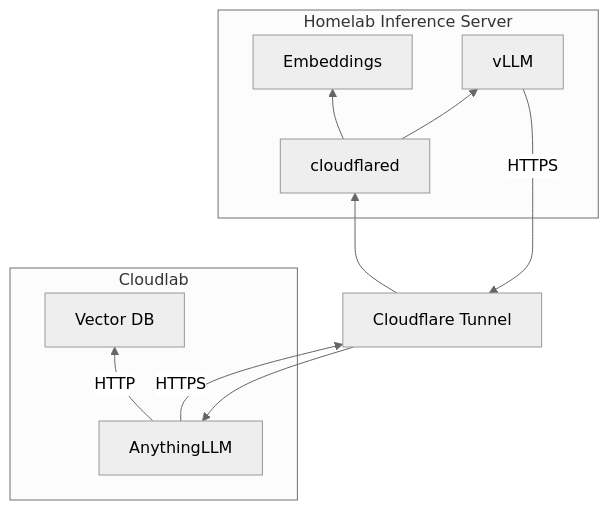
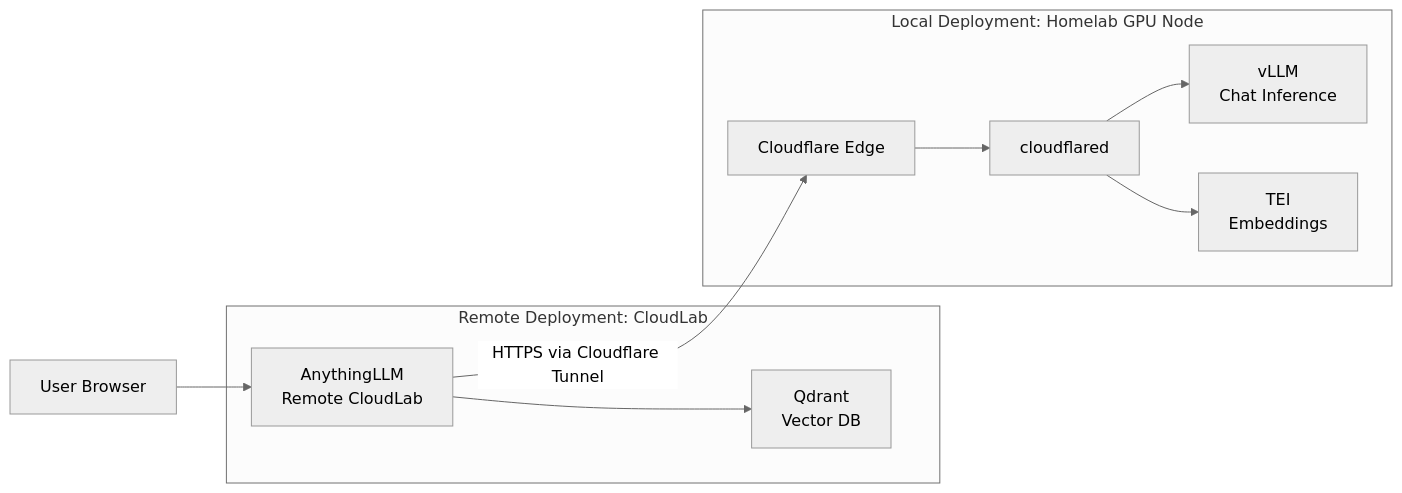
One commit to dannydanners/sotod581 changed the diagram in README.md. Above: the diagram before and after it, drawn with Mermaid (neutral theme). The commit also changed other lines of this file, not shown here.

````diff
--- a/README.md
+++ b/README.md
@@ -44,26 +44,16 @@
 ```mermaid
-flowchart BT
-    subgraph A[Cloudlab]
-        A1[AnythingLLM]
-        A2[Vector DB]
+flowchart LR
+    User[User Browser] --> A1[AnythingLLM<br/>Remote CloudLab]
 
-        A1 --> |HTTP| A2
+    subgraph Remote[Remote Deployment: CloudLab]
+        A1 --> A2[Qdrant<br/>Vector DB]
     end
 
-    CF[Cloudflare Tunnel]
-    
-    subgraph B[Homelab Inference Server]
-        B1[vLLM]
-        B2[Embeddings]
-        B3[cloudflared]
+    A1 -->|HTTPS via Cloudflare Tunnel| CF[Cloudflare Edge]
 
-        B3 --> B2
-        B3 --> B1
+    subgraph Local[Local Deployment: Homelab GPU Node]
+        CF --> B3[cloudflared]
+        B3 --> B1[vLLM<br/>Chat Inference]
+        B3 --> B2[TEI<br/>Embeddings]
     end
-    
-    A1 -->|HTTPS| CF
-    CF --> B3
-
-    B1 -->|HTTPS| CF
-    CF --> A1
 ```
````
